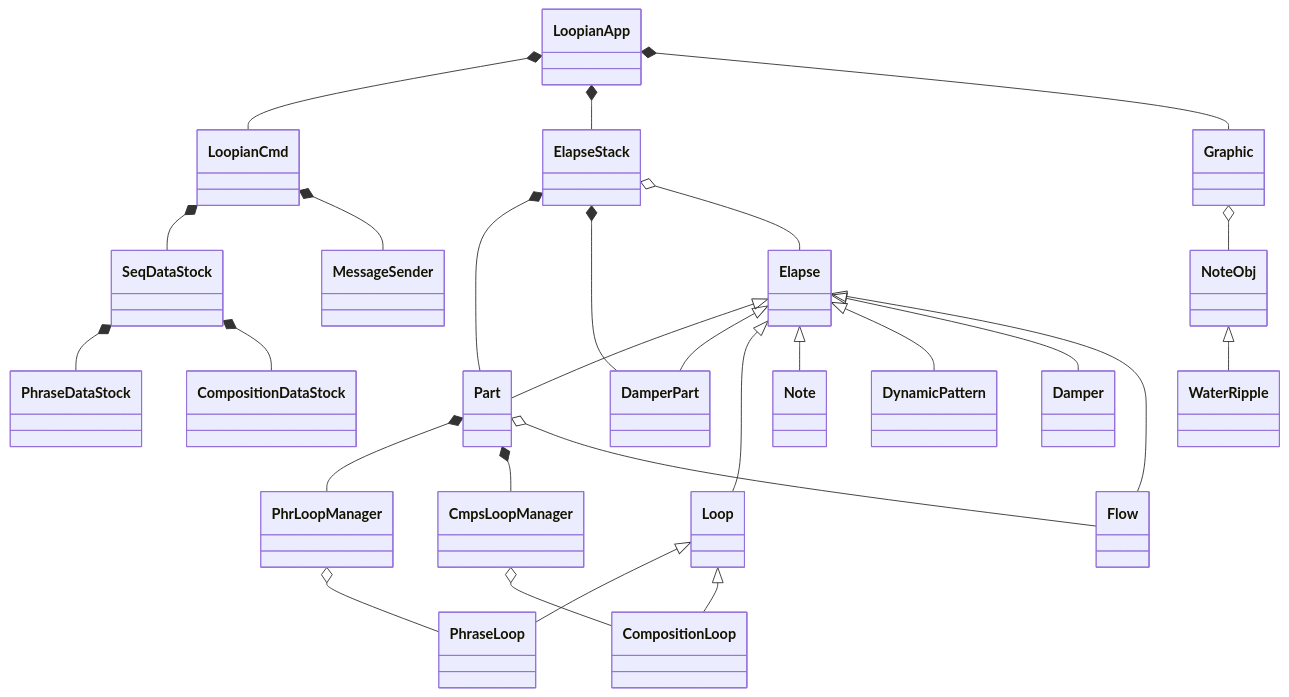
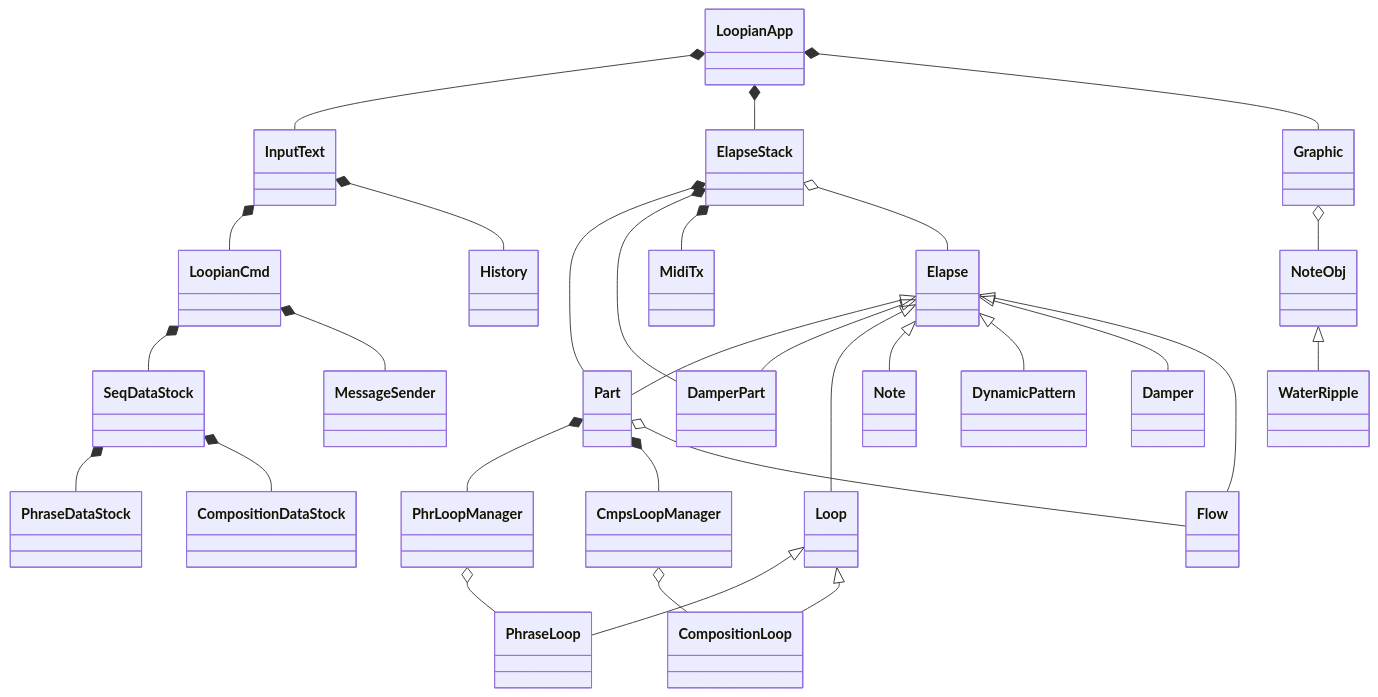
One commit to hasebems/Loopian_Rust changed the diagram in doc/idea.md. Above: the diagram before and after it, drawn with Mermaid. The commit also changed other lines of this file and 1 other file, not shown here.

Commit message:
クラス図の更新他

````diff
--- a/doc/idea.md
+++ b/doc/idea.md
@@ -167,29 +167,32 @@
 ```mermaid
 classDiagram
-LoopianApp *-- LoopianCmd
+LoopianApp *-- InputText
 LoopianApp *-- ElapseStack
 LoopianApp *-- Graphic
+InputText *-- LoopianCmd
+InputText *-- History
 Elapse <|-- Part
 Elapse <|-- DamperPart
 Elapse <|-- Loop
 Loop <|-- PhraseLoop
 Loop <|-- CompositionLoop
 Elapse <|-- Note
 Elapse <|-- DynamicPattern
 Elapse <|-- Damper
 Elapse <|-- Flow
 ElapseStack *-- Part
 ElapseStack *-- DamperPart
+ElapseStack *-- MidiTx
 ElapseStack o-- Elapse
 LoopianCmd *-- SeqDataStock
 LoopianCmd *-- MessageSender
 SeqDataStock *-- PhraseDataStock
 SeqDataStock *-- CompositionDataStock
 Part *-- PhrLoopManager
 Part *-- CmpsLoopManager
 Part o-- Flow
 PhrLoopManager o-- PhraseLoop
 CmpsLoopManager o-- CompositionLoop
 Graphic o-- NoteObj
 NoteObj <|-- WaterRipple
 ```
````
